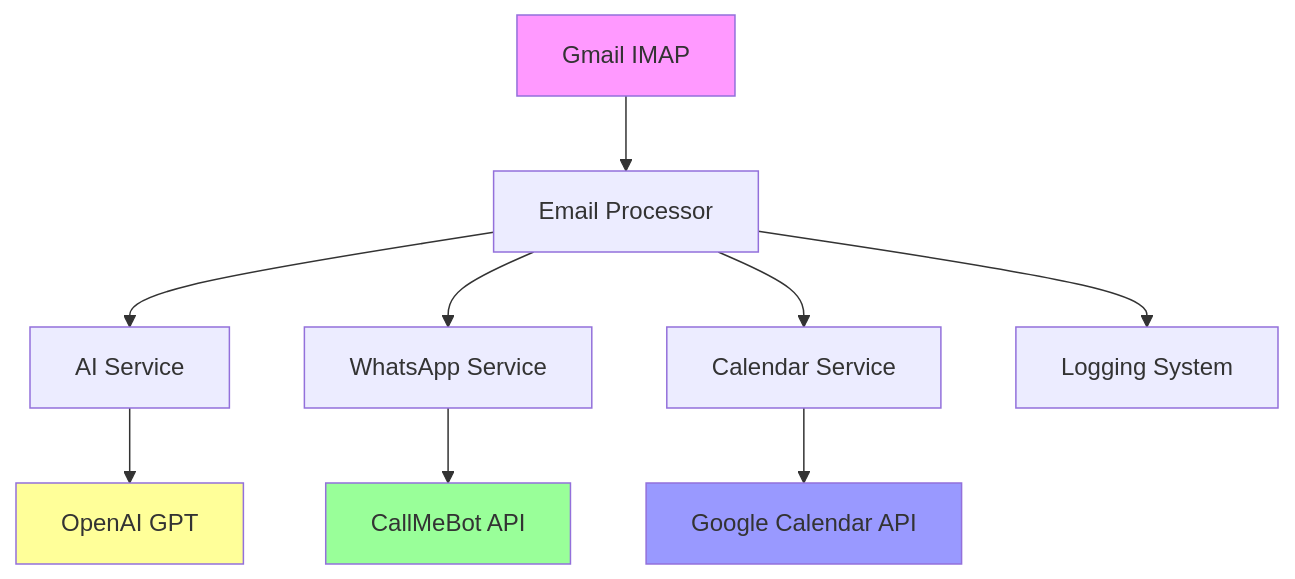
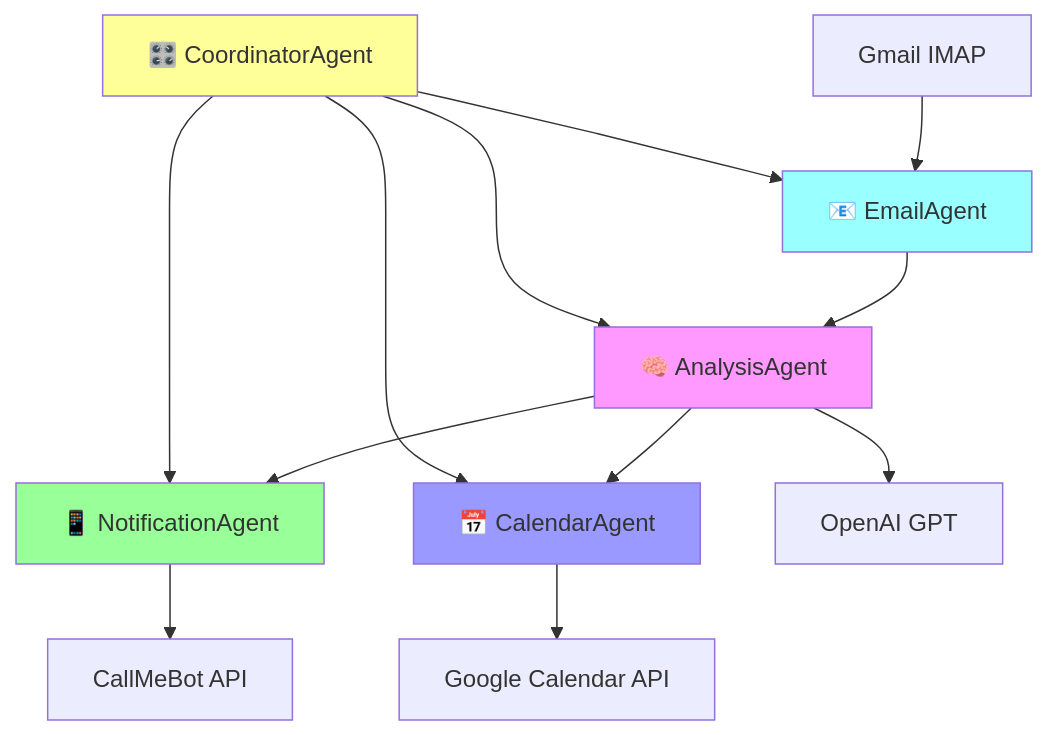
One commit to sabven/gmail-ai-processor changed the diagram in README.md. Above: the diagram before and after it, drawn with Mermaid. The commit also changed other lines of this file and 11 other files, not shown here.

````diff
--- a/README.md
+++ b/README.md
@@ -23,18 +28,22 @@
 ```mermaid
 graph TB
-    A[Gmail IMAP] --> B[Email Processor]
-    B --> C[AI Service]
-    B --> D[WhatsApp Service]
-    B --> E[Calendar Service]
+    A[Gmail IMAP] --> B[📧 EmailAgent]
+    B --> C[🧠 AnalysisAgent]
+    C --> D[📱 NotificationAgent]
+    C --> E[📅 CalendarAgent]
     
-    C --> F[OpenAI GPT]
-    D --> G[CallMeBot API]
-    E --> H[Google Calendar API]
+    F[🎛️ CoordinatorAgent] --> B
+    F --> C
+    F --> D
+    F --> E
     
-    B --> I[Logging System]
+    C --> G[OpenAI GPT]
+    D --> H[CallMeBot API]
+    E --> I[Google Calendar API]
     
-    style A fill:#f9f
     style F fill:#ff9
-    style G fill:#9f9
-    style H fill:#99f
+    style B fill:#9ff
+    style C fill:#f9f
+    style D fill:#9f9
+    style E fill:#99f
 ```
````
